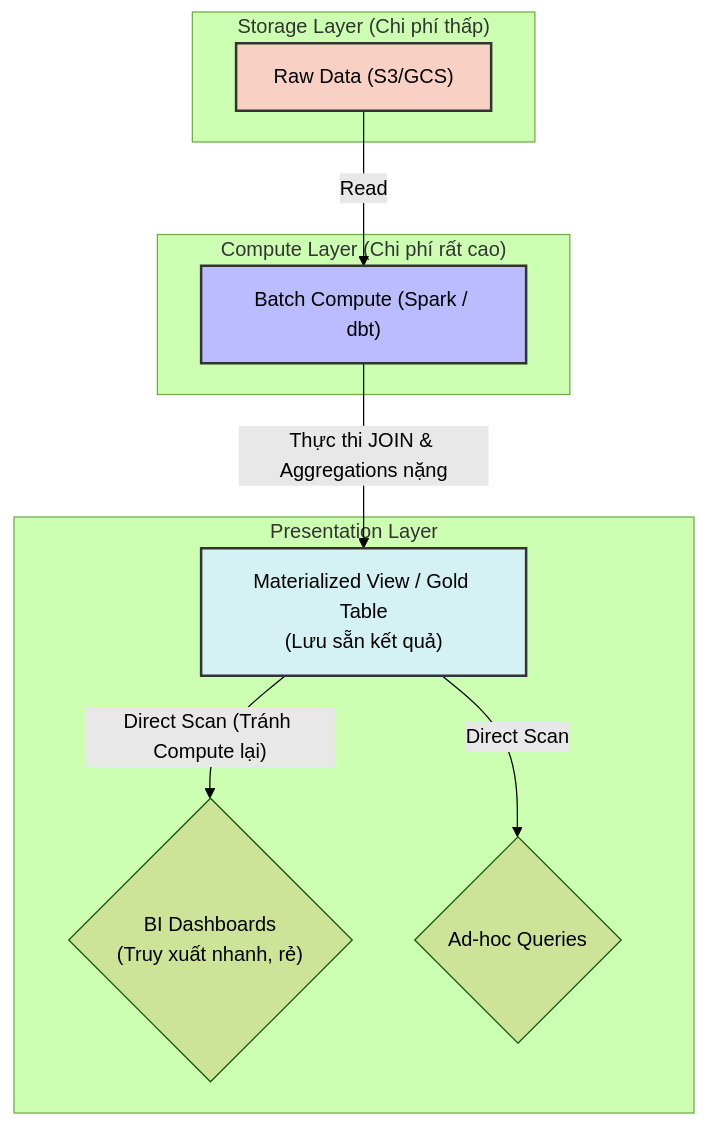
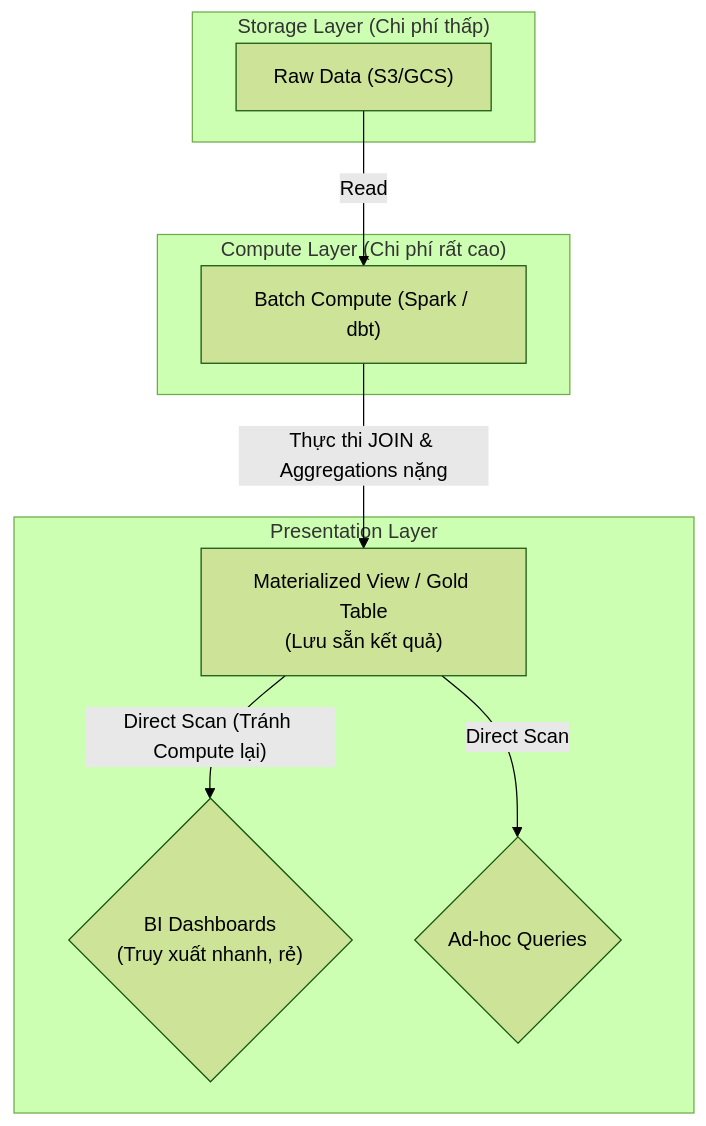
Before and after one commit to kythuatdulieu/kythuatdulieu.github.io: the diagram in src/content/docs/concepts/8-security-governance-finops/cost-optimization.md, drawn with Mermaid (forest theme). The commit also changed 682 other files, not shown here.

````diff
--- a/src/content/docs/concepts/8-security-governance-finops/cost-optimization.md
+++ b/src/content/docs/concepts/8-security-governance-finops/cost-optimization.md
@@ -50,25 +50,24 @@
 ```mermaid
 graph TD
     subgraph Storage_Layer["Storage Layer (Chi phí thấp)"]
       A["Raw Data (S3/GCS)"]
     end
     
     subgraph Compute_Layer["Compute Layer (Chi phí rất cao)"]
         B["Batch Compute (Spark / dbt)"]
     end
     
     subgraph Presentation_Layer["Presentation Layer"]
       C["Materialized View / Gold Table\n(Lưu sẵn kết quả)"]
       D{"BI Dashboards\n(Truy xuất nhanh, rẻ)"}
       E{"Ad-hoc Queries"}
     end
 
     A -->|Read| B
     B -->|Thực thi JOIN & Aggregations nặng| C
     C -->|"Direct Scan (Tránh Compute lại)"| D
     C -->|Direct Scan| E
-    
-    style A fill:#f9d0c4,stroke:#333,stroke-width:2px
-    style B fill:#bbf,stroke:#333,stroke-width:2px
-    style C fill:#d4f1f4,stroke:#333,stroke-width:2px
+
+
+
 ```
````
